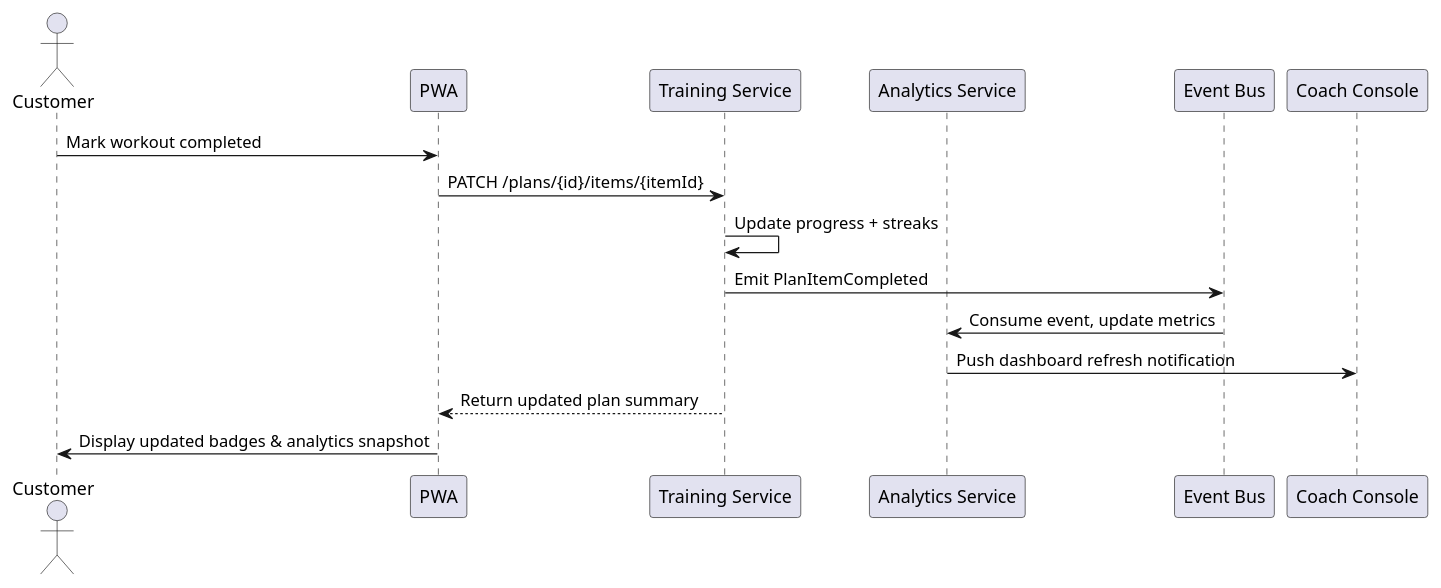
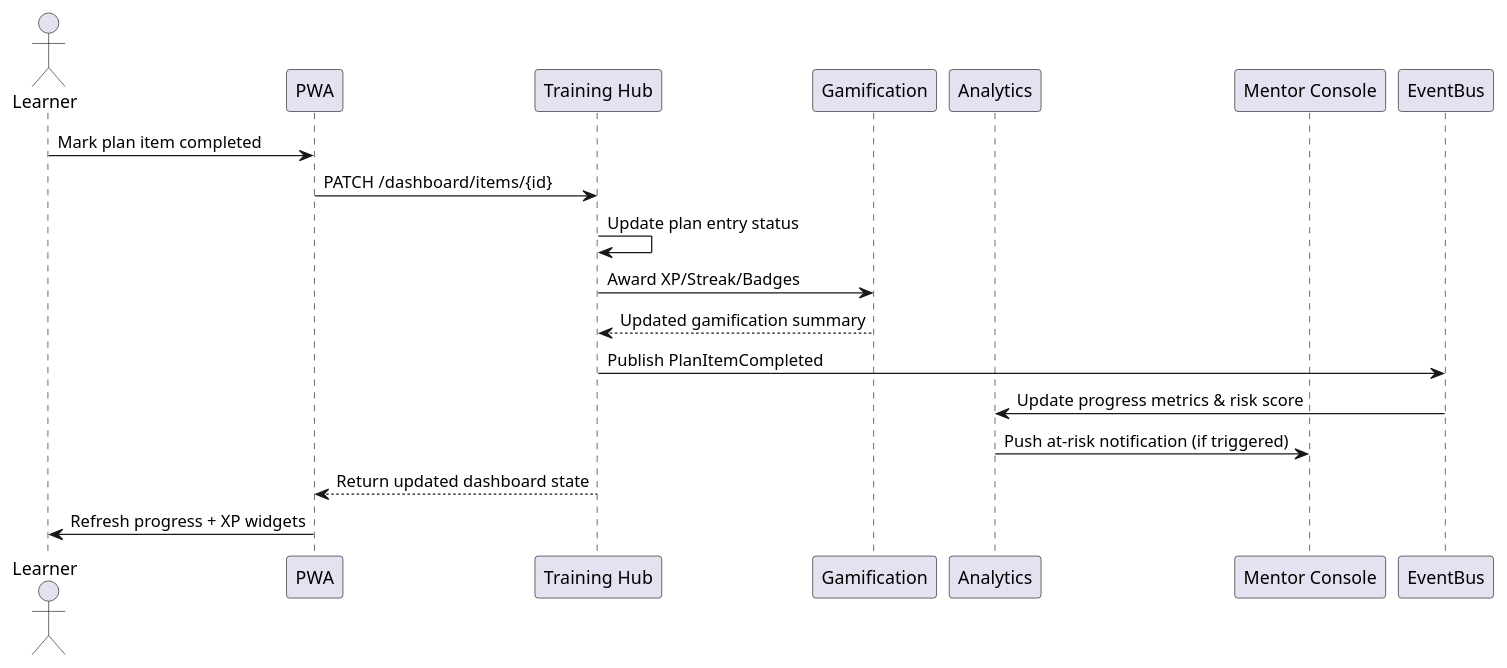
The third of 5 diagrams in docs/05-LLD/SequenceDiagrams.md (tuananh582/demoPT), drawn with PlantUML before and after one commit. The commit also changed other lines of this file and 52 other files, not shown here.

````diff
--- a/docs/05-LLD/SequenceDiagrams.md
+++ b/docs/05-LLD/SequenceDiagrams.md
@@ -55,19 +55,21 @@
 ```plantuml
 @startuml
-actor Customer
+actor Learner
 participant "PWA" as PWA
-participant "Training Service" as TRN
-participant "Analytics Service" as ANL
-participant "Event Bus" as BUS
-participant "Coach Console" as COACH
+participant "Training Hub" as PLAN
+participant "Gamification" as XP
+participant "Analytics" as ANL
+participant "Mentor Console" as MENTOR
 
-Customer -> PWA: Mark workout completed
-PWA -> TRN: PATCH /plans/{id}/items/{itemId}
-TRN -> TRN: Update progress + streaks
-TRN -> BUS: Emit PlanItemCompleted
-BUS -> ANL: Consume event, update metrics
-ANL -> COACH: Push dashboard refresh notification
-TRN --> PWA: Return updated plan summary
-PWA -> Customer: Display updated badges & analytics snapshot
+Learner -> PWA: Mark plan item completed
+PWA -> PLAN: PATCH /dashboard/items/{id}
+PLAN -> PLAN: Update plan entry status
+PLAN -> XP: Award XP/Streak/Badges
+XP --> PLAN: Updated gamification summary
+PLAN -> EventBus: Publish PlanItemCompleted
+EventBus -> ANL: Update progress metrics & risk score
+ANL -> MENTOR: Push at-risk notification (if triggered)
+PLAN --> PWA: Return updated dashboard state
+PWA -> Learner: Refresh progress + XP widgets
 @enduml
 ```
````
